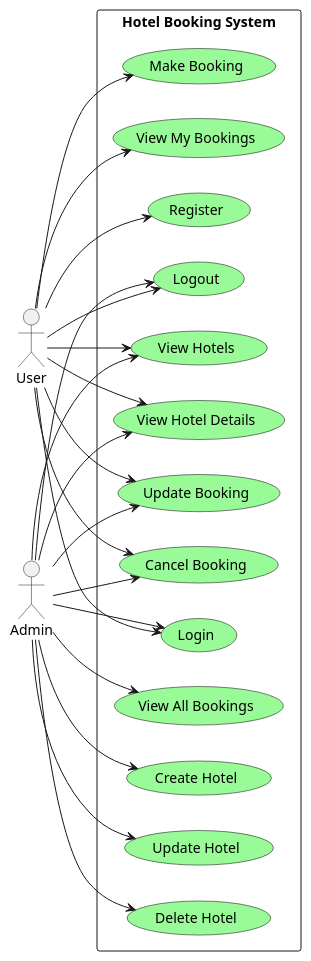
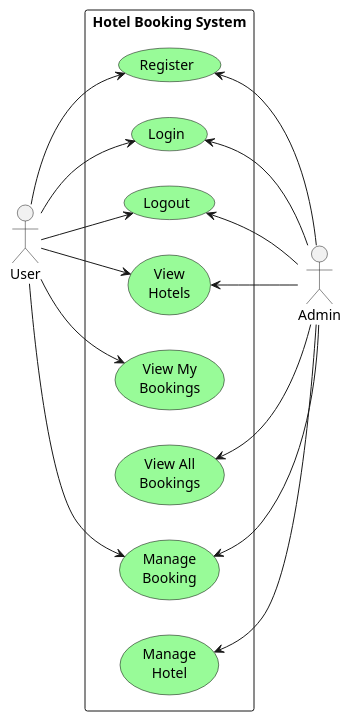
The diagram in uml/usecasediagram.puml (2110503-CEDT68/be-project-68-pratulang), drawn with PlantUML before and after one commit. The commit also changed 2 other files, not shown here.

Commit message:
Update UML

```diff
--- a/uml/usecasediagram.puml
+++ b/uml/usecasediagram.puml
@@ -1,50 +1,45 @@
 @startuml
 left to right direction
 
 skinparam usecase {
     BackgroundColor PaleGreen
     BorderColor Black
 }
 
 actor User as U
 actor Admin as A
 
 rectangle "Hotel Booking System" {
     usecase "Register" as R
     usecase "Login" as L
     usecase "Logout" as O
-    usecase "View Hotels" as VH
-    usecase "View Hotel Details" as VHD
-    usecase "Create Hotel" as CH
-    usecase "Update Hotel" as UH
-    usecase "Delete Hotel" as DH
-    usecase "Make Booking" as MB
-    usecase "View My Bookings" as VMB
-    usecase "View All Bookings" as VAB
-    usecase "Update Booking" as UB
-    usecase "Cancel Booking" as CB
+    usecase "View\nHotels" as VH
+    ' usecase "View Hotel Details" as VHD
+    ' usecase "Create Hotel" as CH
+    ' usecase "Update Hotel" as UH
+    ' usecase "Delete Hotel" as DH
+    ' usecase "Make Booking" as MB
+    usecase "View My\nBookings" as VMB
+    usecase "View All\nBookings" as VAB
+    ' usecase "Update Booking" as UB
+    ' usecase "Cancel Booking" as CB
+    usecase "Manage\nBooking" as MB
+    usecase "Manage\nHotel" as MH
 }
 
 U --> R
 U --> L
 U --> O
 U --> VH
-U --> VHD
 U --> MB
 U --> VMB
-U --> UB
-U --> CB
 
-A --> L
-A --> O
-A --> VH
-A --> VHD
-A --> CH
-A --> UH
-A --> DH
-A --> VAB
-A --> UB
-A --> CB
-
+R <-- A
+L <-- A
+O <-- A
+VH <-- A
+VAB <-- A
+MB <-- A
+MH <-- A
 
 @enduml
```
